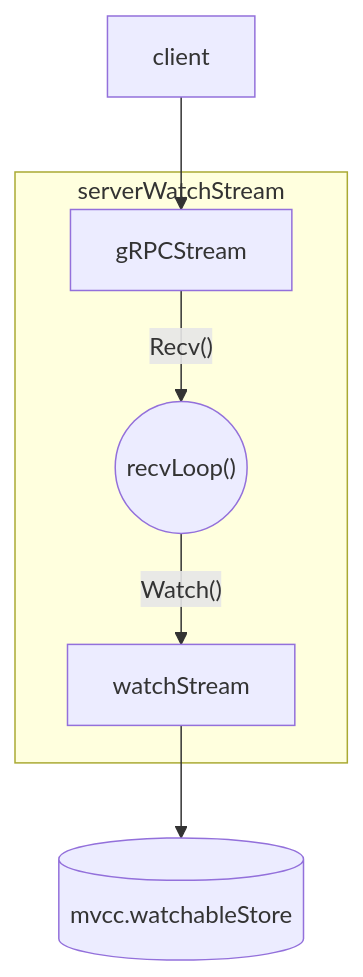
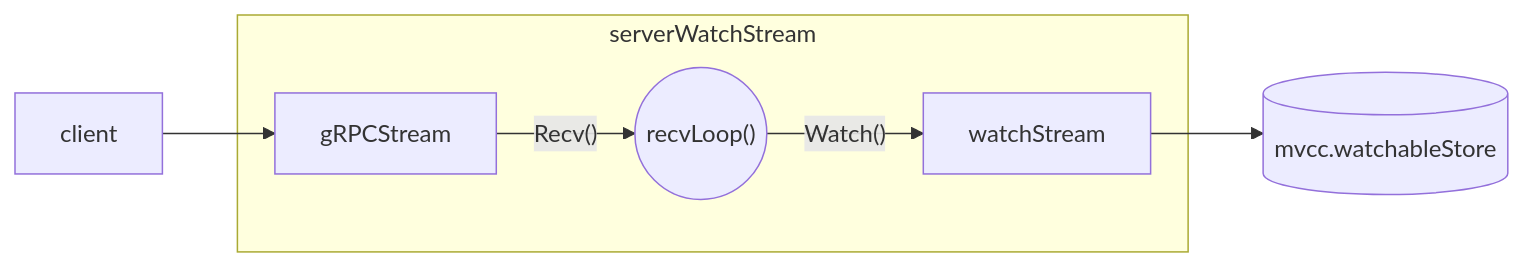
Before and after one commit to kangxiaoning/kangxiaoning.github.io: the fourth of 5 diagrams in Writerside/topics/etcd/etcd-watch.md, drawn with Mermaid. The commit also changed other lines of this file, not shown here.

````diff
--- a/Writerside/topics/etcd/etcd-watch.md
+++ b/Writerside/topics/etcd/etcd-watch.md
@@ -893,9 +891,9 @@
 ```mermaid
-flowchart TD
+flowchart LR
     client-->gRPCStream
     subgraph serverWatchStream
       gRPCStream-->|"Recv()"|recvLoop(("recvLoop()"))
       recvLoop-->|"Watch()"|watchStream
     end
     watchStream-->mvcc.watchableStore[(mvcc.watchableStore)]
 ```
````
